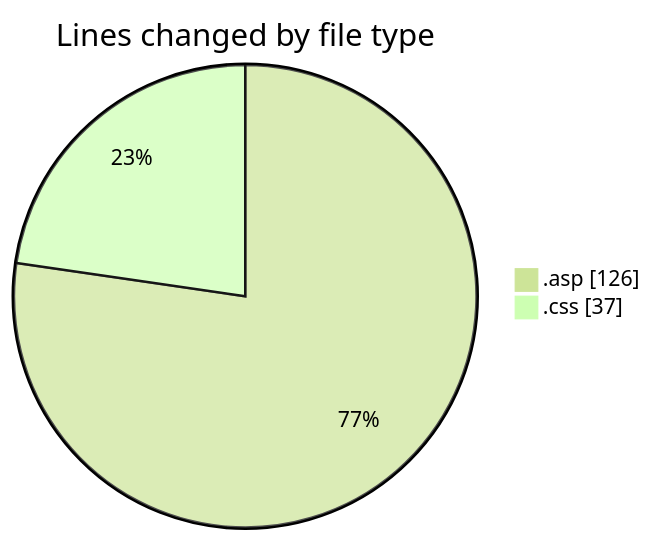
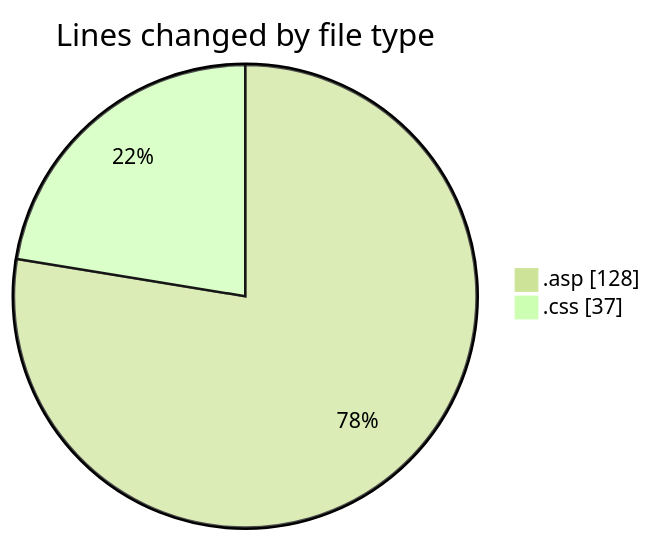
Before and after one commit to julien-gomy/code-tracking: the first of 2 diagrams in 2025-11-02/cdp_aleoudev_fr__workspace_/README.md, drawn with Mermaid (forest theme). The commit also changed other lines of this file and 1 other file, not shown here.

````diff
--- a/2025-11-02/cdp_aleoudev_fr__workspace_/README.md
+++ b/2025-11-02/cdp_aleoudev_fr__workspace_/README.md
@@ -23,6 +23,6 @@
 ```mermaid
 pie showData
 title Lines changed by file type
-".asp" : 126
+".asp" : 128
 ".css" : 37
 ```
````
